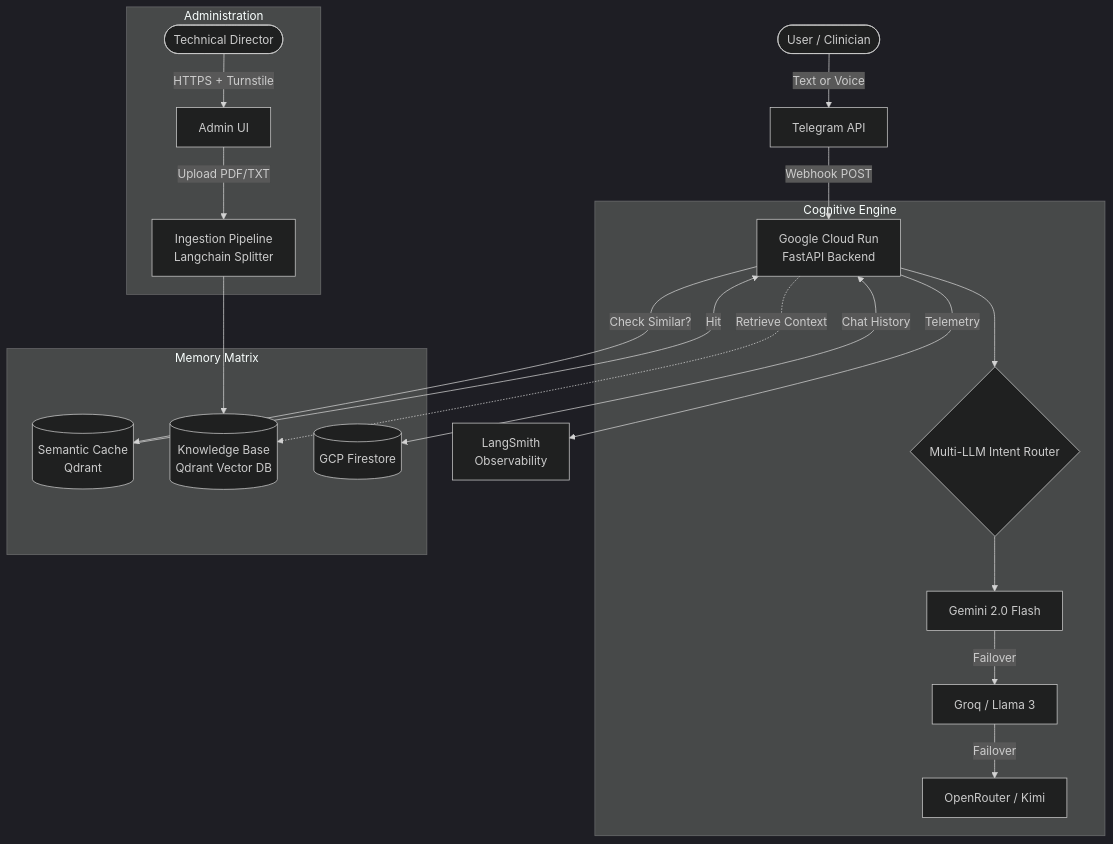
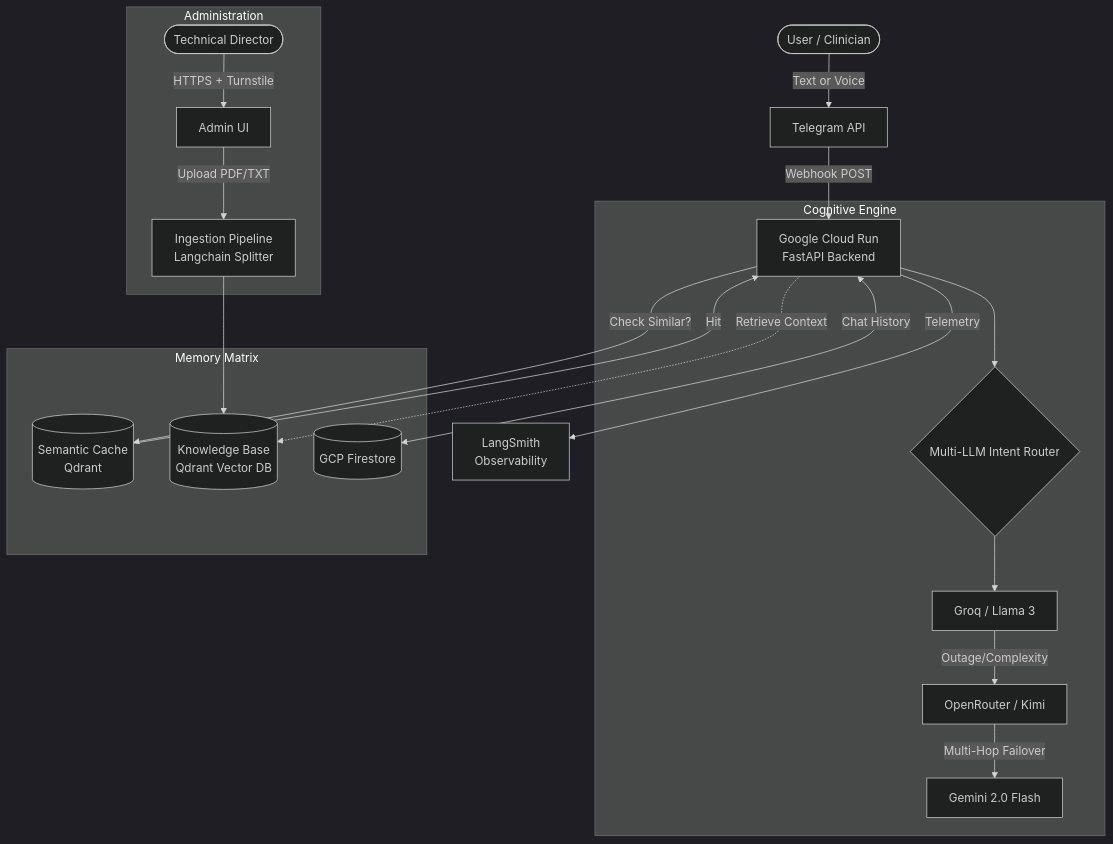
Before and after one commit to ericfloriano/rag-agent-v2: the diagram in README.md, drawn with Mermaid (dark theme). The commit also changed other lines of this file and 4 other files, not shown here.

Commit message:
feat: final production-ready hybrid architecture (Groq-First with Gemini Failover)

````diff
--- a/README.md
+++ b/README.md
@@ -30,27 +30,27 @@
 ```mermaid
 graph TD
     User([User / Clinician]) -->|Text or Voice| Telegram[Telegram API]
     Telegram -->|Webhook POST| CR[Google Cloud Run<br>FastAPI Backend]
     CR -->|Telemetry| LS[LangSmith<br>Observability]
     
     subgraph Cognitive Engine
         CR --> Router{Multi-LLM Intent Router}
-        Router --> Primary[Gemini 2.0 Flash]
-        Primary -- Failover --> Secondary[Groq / Llama 3]
-        Secondary -- Failover --> Tertiary[OpenRouter / Kimi]
+        Router --> Primary[Groq / Llama 3]
+        Primary -- Outage/Complexity --> Secondary[OpenRouter / Kimi]
+        Secondary -- Multi-Hop Failover --> Tertiary[Gemini 2.0 Flash]
     end
     
     subgraph Memory Matrix
         CR -->|Check Similar?| Cache[(Semantic Cache<br>Qdrant)]
         CR -.->|Retrieve Context| VectorDB[(Knowledge Base<br>Qdrant Vector DB)]
         CR <-->|Chat History| Firestore[(GCP Firestore)]
     end
     
     subgraph Administration
         Admin([Technical Director]) -->|HTTPS + Turnstile| WebPanel[Admin UI]
         WebPanel -->|Upload PDF/TXT| Ingestion[Ingestion Pipeline<br>Langchain Splitter]
         Ingestion --> VectorDB
     end
 
     Cache -- Hit --> CR
 ```
````
